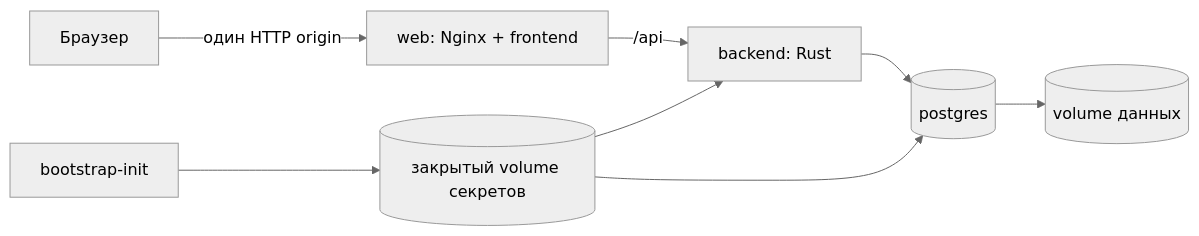
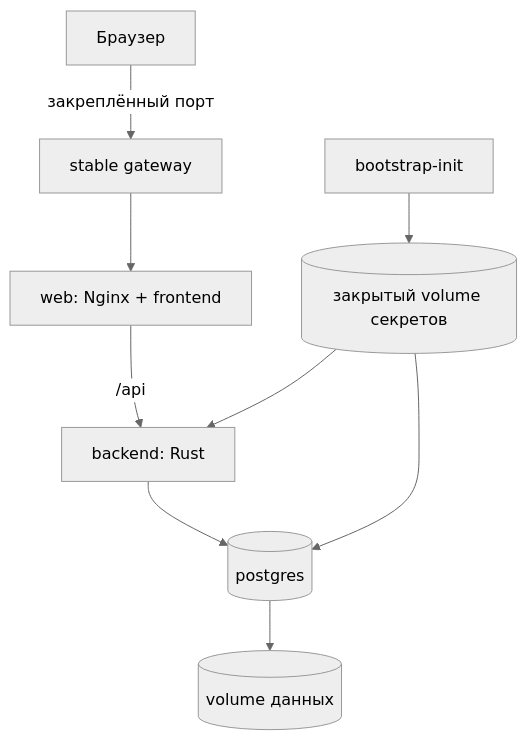
The diagram in docs/deployment/zero-config-bootstrap-v1.md (Pacifica123/p2p_planner), drawn with Mermaid (neutral theme) before and after one commit. The commit also changed other lines of this file and 34 other files, not shown here.

````diff
--- a/docs/deployment/zero-config-bootstrap-v1.md
+++ b/docs/deployment/zero-config-bootstrap-v1.md
@@ -19,18 +19,20 @@
 ```mermaid
-flowchart LR
+flowchart TD
     Browser["Браузер"]
+    Gateway["stable gateway"]
     Web["web: Nginx + frontend"]
     Backend["backend: Rust"]
     Postgres[("postgres")]
     Init["bootstrap-init"]
     Secrets[("закрытый volume секретов")]
     Data[("volume данных")]
 
-    Browser -->|один HTTP origin| Web
+    Browser -->|закреплённый порт| Gateway
+    Gateway --> Web
     Web -->|/api| Backend
     Backend --> Postgres
     Init --> Secrets
     Secrets --> Backend
     Secrets --> Postgres
     Postgres --> Data
 ```
````
